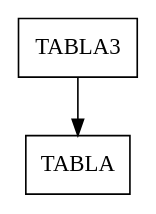
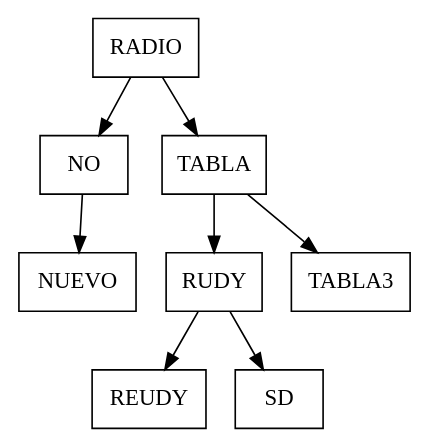
One commit to AaronGMG2000/Vacaciones_Diciembre_ProyectoEDD changed the diagram in DATABASE1.dot. Above: the diagram before and after it, drawn with Graphviz. The commit also changed 7 other files, not shown here.

```diff
--- a/DATABASE1.dot
+++ b/DATABASE1.dot
@@ -1,7 +1,19 @@
 digraph dibujo{
 graph [ordering="out"];rankdir=TB;
 node [shape = box];
+NodoRADIO [label = "RADIO"];
+NodoNO [label = "NO"];
+NodoNUEVO [label = "NUEVO"];
+NodoTABLA [label = "TABLA"];
+NodoRUDY [label = "RUDY"];
+NodoREUDY [label = "REUDY"];
+NodoSD [label = "SD"];
 NodoTABLA3 [label = "TABLA3"];
-NodoTABLA [label = "TABLA"];
-NodoTABLA3->NodoTABLA;
+NodoRADIO->NodoNO;
+NodoRADIO->NodoTABLA;
+NodoNO->NodoNUEVO;
+NodoTABLA->NodoRUDY;
+NodoTABLA->NodoTABLA3;
+NodoRUDY->NodoREUDY;
+NodoRUDY->NodoSD;
 }
```
